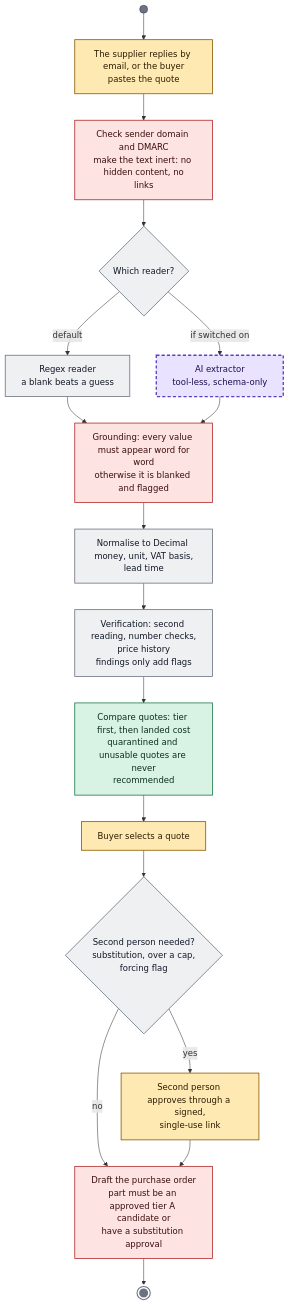
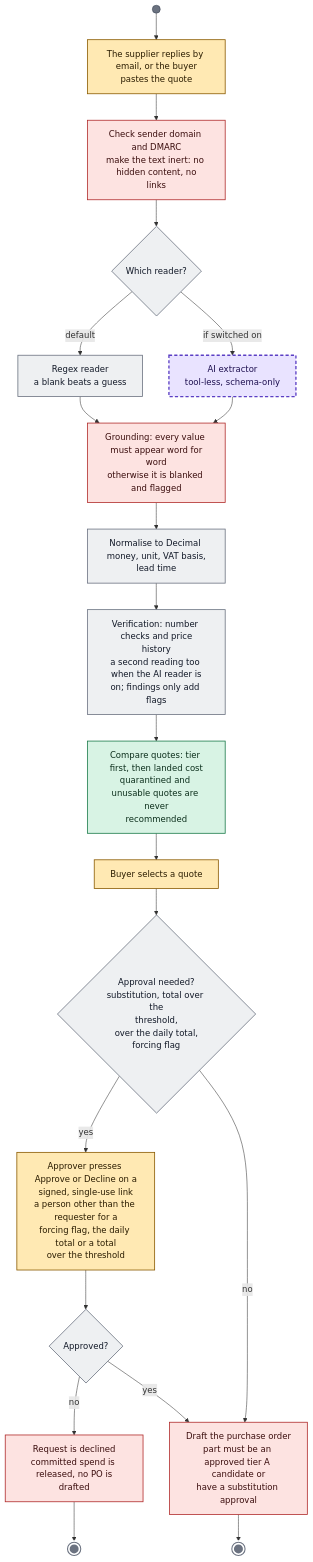
Before and after one commit to emre-akarsu/ai-commerce-ideas: the third of 33 diagrams in docs/architecture/activity-diagrams.md, drawn with Mermaid. The commit also changed other lines of this file, not shown here.

First line of the commit message:
docs: correct the activity diagrams after an independent fact-check of the remaining modules and optimizations

````diff
--- a/docs/architecture/activity-diagrams.md
+++ b/docs/architecture/activity-diagrams.md
@@ -92,27 +94,30 @@
 ```mermaid
 flowchart TB
 classDef human fill:#ffe9b3,stroke:#8a5a00,color:#2a1c00,stroke-width:1.5px
 classDef rule fill:#eef0f2,stroke:#6b7280,color:#111827,stroke-width:1.5px
 classDef ai fill:#e9e3ff,stroke:#5b3fc4,color:#1e1050,stroke-width:2.5px,stroke-dasharray:6 4
 classDef opt fill:#d8f3e4,stroke:#1b7a4a,color:#0b2e1b,stroke-width:1.5px
 classDef gate fill:#fde3e1,stroke:#b02b2b,color:#3a0d0d,stroke-width:1.5px
 classDef data fill:#dbeafe,stroke:#1d4ed8,color:#0b1f4d,stroke-width:1.5px
 classDef bar fill:#6b7280,stroke:#374151,color:#ffffff
 classDef fin fill:#6b7280,stroke:#ffffff,color:#ffffff,stroke-width:3px
 S((" ")):::bar --> a8["The supplier replies by email, or the buyer<br/>pastes the quote"]:::human
 a8 --> a9["Check sender domain and DMARC<br/>make the text inert: no hidden content, no<br/>links"]:::gate
 a9 --> d3{"Which reader?"}:::rule
 d3 -->|"default"| a10["Regex reader<br/>a blank beats a guess"]:::rule
 d3 -->|"if switched on"| a10ai["AI extractor<br/>tool-less, schema-only"]:::ai
 a10 --> a11
 a10ai --> a11["Grounding: every value must appear word for<br/>word<br/>otherwise it is blanked and flagged"]:::gate
 a11 --> a12["Normalise to Decimal money, unit, VAT basis,<br/>lead time"]:::rule
-a12 --> a13["Verification: second reading, number checks,<br/>price history<br/>findings only add flags"]:::rule
+a12 --> a13["Verification: number checks and price<br/>history<br/>a second reading too when the AI reader is<br/>on; findings only add flags"]:::rule
 a13 --> a14["Compare quotes: tier first, then landed cost<br/>quarantined and unusable quotes are never<br/>recommended"]:::opt
 a14 --> a15["Buyer selects a quote"]:::human
-a15 --> d4{"Second person needed?<br/>substitution, over a cap,<br/>forcing flag"}:::rule
-d4 -->|"yes"| a16["Second person approves through a signed,<br/>single-use link"]:::human
-d4 -->|"no"| a17
-a16 --> a17["Draft the purchase order<br/>part must be an approved tier A candidate or<br/>have a substitution approval"]:::gate
+a15 --> d4{"Approval needed?<br/>substitution, total over the<br/>threshold,<br/>over the daily total,<br/>forcing flag"}:::rule
+d4 -->|"yes"| a16["Approver presses Approve or Decline on a<br/>signed, single-use link<br/>a person other than the requester for a<br/>forcing flag, the daily total or a total<br/>over the threshold"]:::human
+a16 --> d5{"Approved?"}:::rule
+d5 -->|"no"| a16b["Request is declined<br/>committed spend is released, no PO is<br/>drafted"]:::gate
+a16b --> E1(((" "))):::fin
+d5 -->|"yes"| a17
+d4 -->|"no"| a17["Draft the purchase order<br/>part must be an approved tier A candidate or<br/>have a substitution approval"]:::gate
 a17 --> E2(((" "))):::fin
 ```
````
